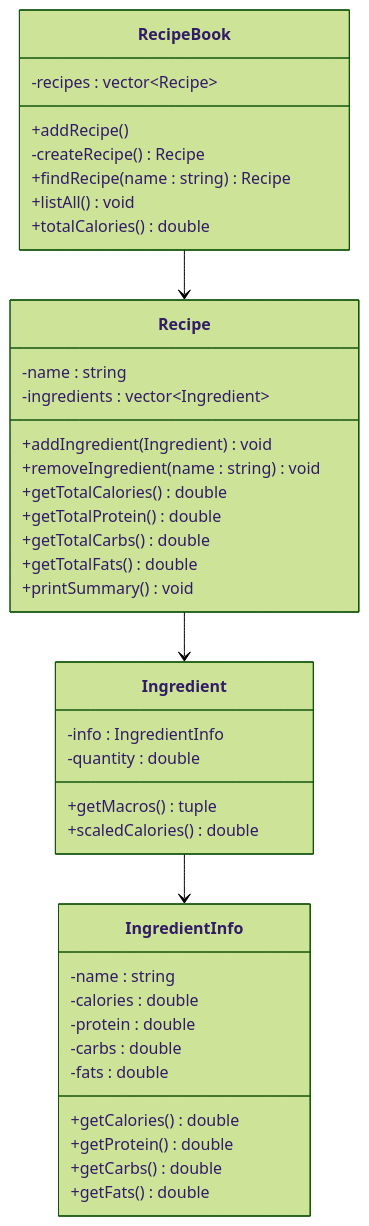
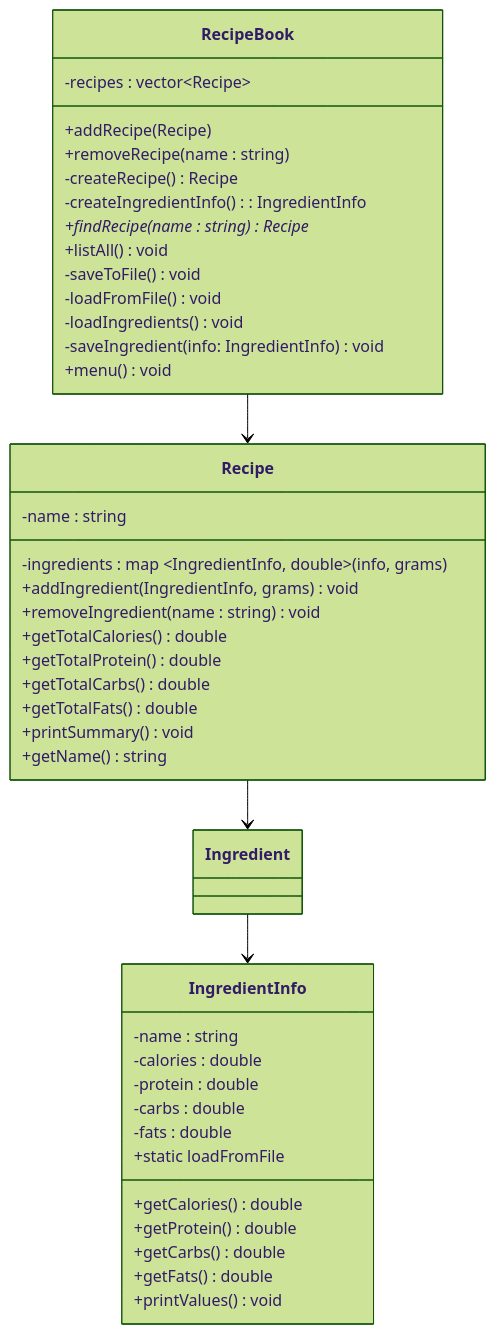
The diagram in README.md (alexanderbell-ctrl/CS121-finalproject), drawn with Mermaid (forest theme) before and after one commit. The commit also changed other lines of this file, not shown here.

````diff
--- a/README.md
+++ b/README.md
@@ -18,47 +23,49 @@
 ``` mermaid
 classDiagram
 
 class RecipeBook {
     -recipes : vector~Recipe~
-    +addRecipe()
+    +addRecipe(Recipe)
+	+removeRecipe(name : string)
     -createRecipe() Recipe
-    +findRecipe(name : string) Recipe
+	-createIngredientInfo(): IngredientInfo
+    +findRecipe(name : string) Recipe*
     +listAll() void
-    +totalCalories() double
+    -saveToFile() void
+	-loadFromFile() void
+	-loadIngredients() void
+	-saveIngredient(info: IngredientInfo) void
+	+menu() void
 }
 
 class Recipe {
     -name : string
-    -ingredients : vector~Ingredient~
-    +addIngredient(Ingredient) void
+    -ingredients : map ~IngredientInfo, double~ (info, grams)
+    +addIngredient(IngredientInfo, grams) void
     +removeIngredient(name : string) void
     +getTotalCalories() double
     +getTotalProtein() double
     +getTotalCarbs() double
     +getTotalFats() double
     +printSummary() void
-}
-
-class Ingredient {
-    -info : IngredientInfo
-    -quantity : double
-    +getMacros() tuple
-    +scaledCalories() double
+	+getName() string
 }
 
 class IngredientInfo {
     -name : string
     -calories : double
     -protein : double
     -carbs : double
     -fats : double
     +getCalories() double
     +getProtein() double
     +getCarbs() double
     +getFats() double
+	+printValues() void
+	+static loadFromFile
 }
 
 RecipeBook --> Recipe
 Recipe --> Ingredient
 Ingredient --> IngredientInfo
 ```
````
